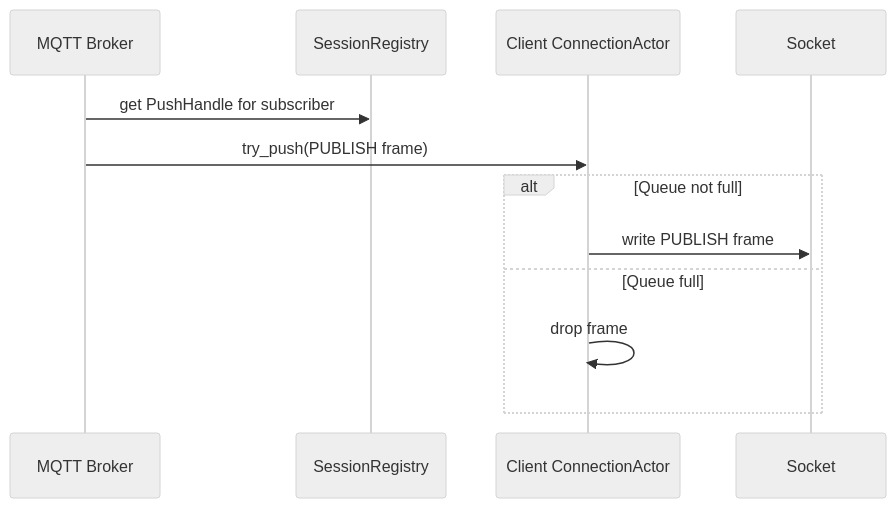
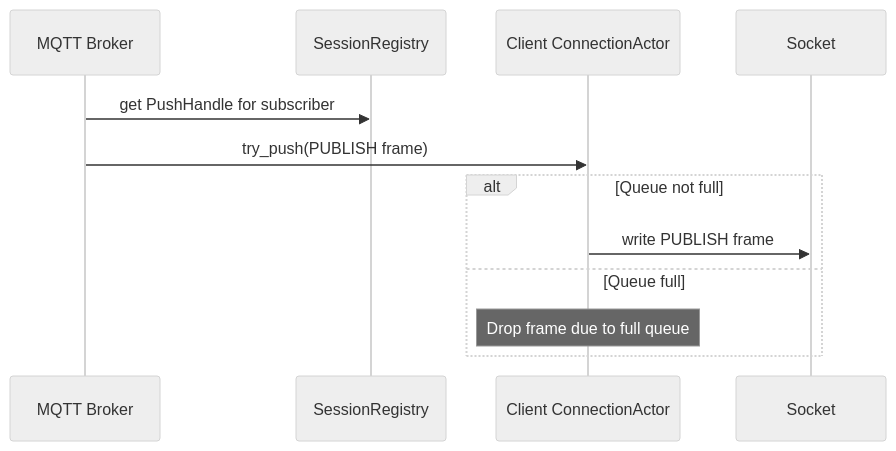
One commit to leynos/wireframe changed the seventh of 7 diagrams in docs/asynchronous-outbound-messaging-design.md. Above: the diagram before and after it, drawn with Mermaid (neutral theme). The commit also changed other lines of this file, not shown here.

Commit message:
Clarify connection actor diagrams

````diff
--- a/docs/asynchronous-outbound-messaging-design.md
+++ b/docs/asynchronous-outbound-messaging-design.md
@@ -452,14 +460,14 @@
 ```mermaid
 sequenceDiagram
     participant Broker as MQTT Broker
     participant SessionRegistry
     participant ConnectionActor as Client ConnectionActor
     participant Socket
     Broker->>SessionRegistry: get PushHandle for subscriber
     Broker->>ConnectionActor: try_push(PUBLISH frame)
     alt Queue not full
         ConnectionActor->>Socket: write PUBLISH frame
     else Queue full
-        ConnectionActor->>ConnectionActor: drop frame
+        Note over ConnectionActor: Drop frame due to full queue
     end
 ```
````
